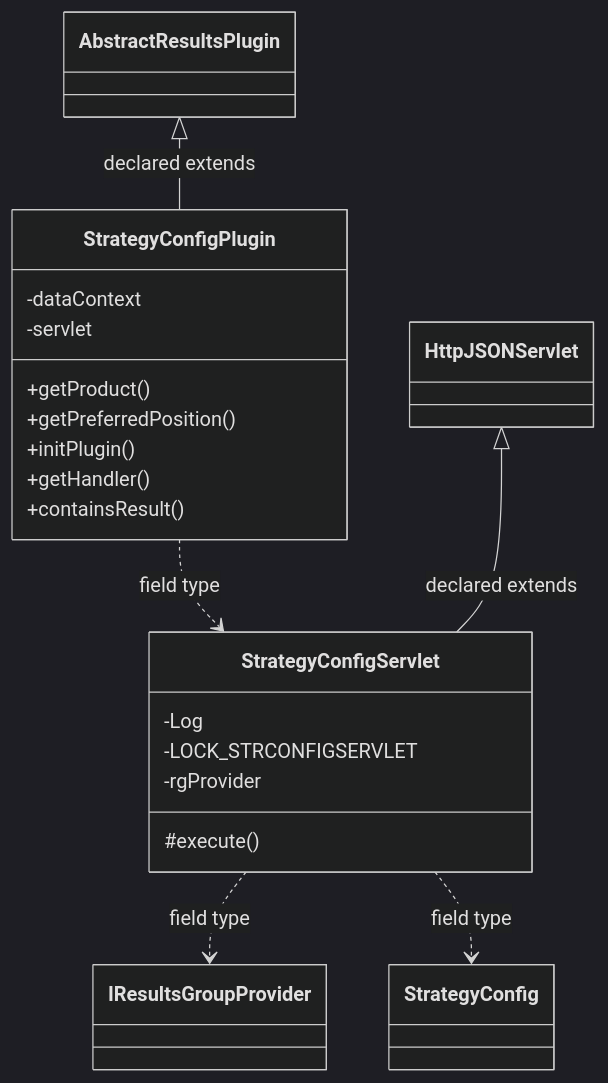
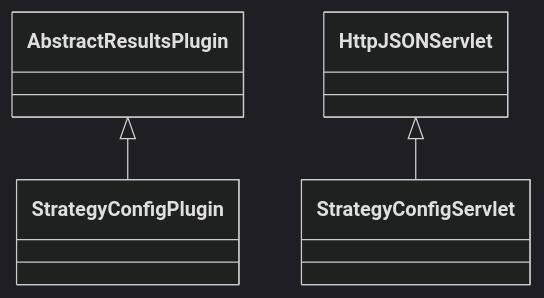
Before and after one commit to haruperi/HaruQuantAI: the diagram in docs/sqx/Results/ResultsStrategyConfig.md, drawn with Mermaid (dark theme). The commit also changed other lines of this file and 1688 other files, not shown here.

````diff
--- a/docs/sqx/Results/ResultsStrategyConfig.md
+++ b/docs/sqx/Results/ResultsStrategyConfig.md
@@ -30,27 +26,9 @@
 ```mermaid
 classDiagram
-    class Cb4d36ec58b93["StrategyConfigPlugin"] {
-        -dataContext
-        -servlet
-        +getProduct()
-        +getPreferredPosition()
-        +initPlugin()
-        +getHandler()
-        +containsResult()
-    }
-    class C7d04f3da7621["StrategyConfigServlet"] {
-        -Log
-        -LOCK_STRCONFIGSERVLET
-        -rgProvider
-        #execute()
-    }
-    class C180e0c3f58c3["AbstractResultsPlugin"]
-    class C9ceba9ba4bac["IResultsGroupProvider"]
-    class C92c3bb2ab146["StrategyConfig"]
-    class C8900f90ae594["HttpJSONServlet"]
-    C180e0c3f58c3 <|-- Cb4d36ec58b93 : declared extends
-    Cb4d36ec58b93 ..> C7d04f3da7621 : field type
-    C8900f90ae594 <|-- C7d04f3da7621 : declared extends
-    C7d04f3da7621 ..> C9ceba9ba4bac : field type
-    C7d04f3da7621 ..> C92c3bb2ab146 : field type
+    class C0["StrategyConfigPlugin"]
+    class C1["StrategyConfigServlet"]
+    class E0["AbstractResultsPlugin"]
+    E0 <|-- C0
+    class E1["HttpJSONServlet"]
+    E1 <|-- C1
 ```
````
